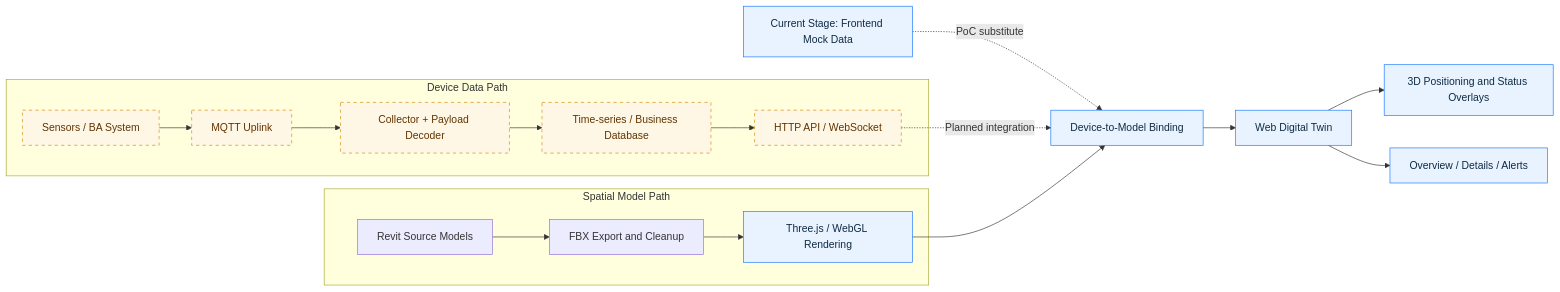
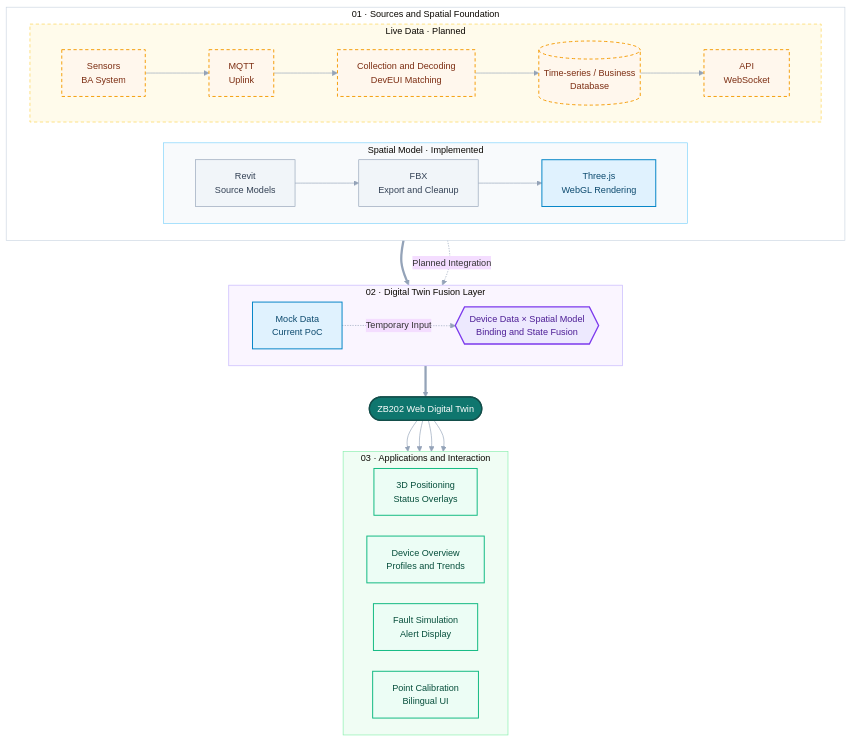
One commit to LYUml/ZB202_DT changed the diagram in README.en.md. Above: the diagram before and after it, drawn with Mermaid. The commit also changed 1 other file, not shown here.

Commit message:
update mermaid

````diff
--- a/README.en.md
+++ b/README.en.md
@@ -29,26 +29,54 @@
 ```mermaid
-flowchart LR
-  subgraph MODEL["Spatial Model Path"]
-    RVT["Revit Source Models"] --> FBX["FBX Export and Cleanup"]
-    FBX --> THREE["Three.js / WebGL Rendering"]
+%%{init: {"theme": "base", "flowchart": {"curve": "basis", "nodeSpacing": 32, "rankSpacing": 48}, "themeVariables": {"fontFamily": "Inter, Arial, sans-serif", "fontSize": "14px", "lineColor": "#94a3b8"}}}%%
+flowchart TB
+  subgraph SOURCES["01 · Sources and Spatial Foundation"]
+    direction LR
+    subgraph MODEL["Spatial Model · Implemented"]
+      direction LR
+      RVT["Revit<br/>Source Models"] --> FBX["FBX<br/>Export and Cleanup"] --> THREE["Three.js<br/>WebGL Rendering"]
+    end
+    subgraph DATA["Live Data · Planned"]
+      direction LR
+      SENSOR["Sensors<br/>BA System"] --> MQTT["MQTT<br/>Uplink"] --> SERVICE["Collection and Decoding<br/>DevEUI Matching"] --> DB[("Time-series / Business<br/>Database")] --> API["API<br/>WebSocket"]
+    end
   end
 
-  subgraph DATA["Device Data Path"]
-    SENSOR["Sensors / BA System"] --> MQTT["MQTT Uplink"]
-    MQTT --> COLLECTOR["Collector + Payload Decoder"]
-    COLLECTOR --> DB["Time-series / Business Database"]
-    DB --> API["HTTP API / WebSocket"]
+  subgraph CORE["02 · Digital Twin Fusion Layer"]
+    direction LR
+    MOCK["Mock Data<br/>Current PoC"] -. "Temporary Input" .-> BIND{{"Device Data × Spatial Model<br/>Binding and State Fusion"}}
+    THREE ==> BIND
+    API -. "Planned Integration" .-> BIND
   end
 
-  MOCK["Current Stage: Frontend Mock Data"] -. PoC substitute .-> BIND
-  API -. Planned integration .-> BIND["Device-to-Model Binding"]
-  THREE --> BIND
-  BIND --> APP["Web Digital Twin"]
-  APP --> VIEW["3D Positioning and Status Overlays"]
-  APP --> DASH["Overview / Details / Alerts"]
+  BIND ==> APP(["ZB202 Web Digital Twin"])
 
-  classDef current fill:#e8f3ff,stroke:#1677ff,color:#102a43;
-  classDef planned fill:#fff7e6,stroke:#d48806,color:#613400,stroke-dasharray:5 5;
-  class THREE,MOCK,BIND,APP,VIEW,DASH current;
-  class SENSOR,MQTT,COLLECTOR,DB,API planned;
+  subgraph EXPERIENCE["03 · Applications and Interaction"]
+    direction LR
+    VIEW["3D Positioning<br/>Status Overlays"]
+    DASH["Device Overview<br/>Profiles and Trends"]
+    ALERT["Fault Simulation<br/>Alert Display"]
+    CALIBRATE["Point Calibration<br/>Bilingual UI"]
+  end
+
+  APP --> VIEW & DASH & ALERT & CALIBRATE
+
+  classDef source fill:#f1f5f9,stroke:#94a3b8,color:#334155,stroke-width:1px;
+  classDef current fill:#e0f2fe,stroke:#0284c7,color:#0c4a6e,stroke-width:1.5px;
+  classDef planned fill:#fff7ed,stroke:#f59e0b,color:#7c2d12,stroke-width:1.5px,stroke-dasharray:5 4;
+  classDef core fill:#ede9fe,stroke:#7c3aed,color:#4c1d95,stroke-width:2px;
+  classDef product fill:#0f766e,stroke:#134e4a,color:#ffffff,stroke-width:2px;
+  classDef output fill:#ecfdf5,stroke:#10b981,color:#064e3b,stroke-width:1.5px;
+
+  class RVT,FBX source;
+  class THREE,MOCK current;
+  class SENSOR,MQTT,SERVICE,DB,API planned;
+  class BIND core;
+  class APP product;
+  class VIEW,DASH,ALERT,CALIBRATE output;
+
+  style SOURCES fill:#ffffff,stroke:#cbd5e1,stroke-width:1px
+  style MODEL fill:#f8fafc,stroke:#7dd3fc,stroke-width:1px
+  style DATA fill:#fffbeb,stroke:#fcd34d,stroke-width:1px,stroke-dasharray:5 4
+  style CORE fill:#faf5ff,stroke:#c4b5fd,stroke-width:1px
+  style EXPERIENCE fill:#f0fdf4,stroke:#86efac,stroke-width:1px
 ```
````
